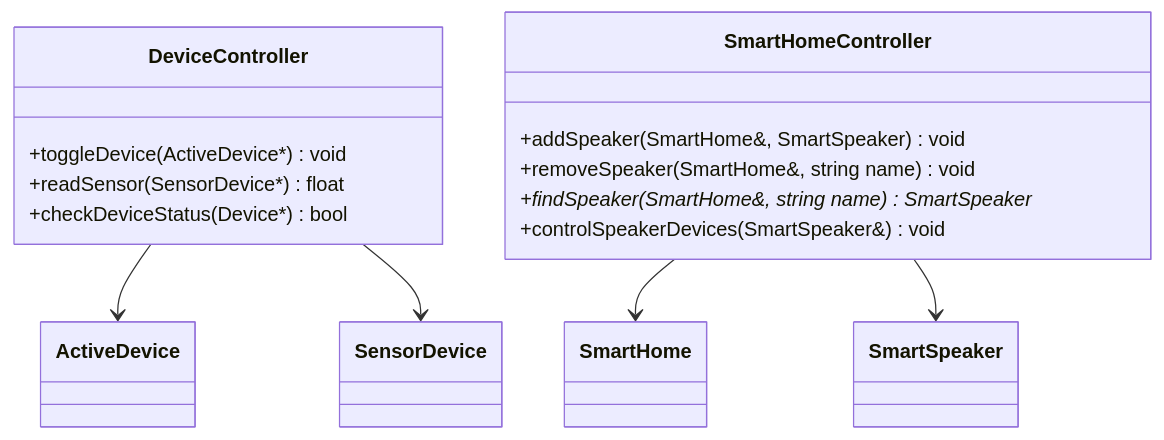
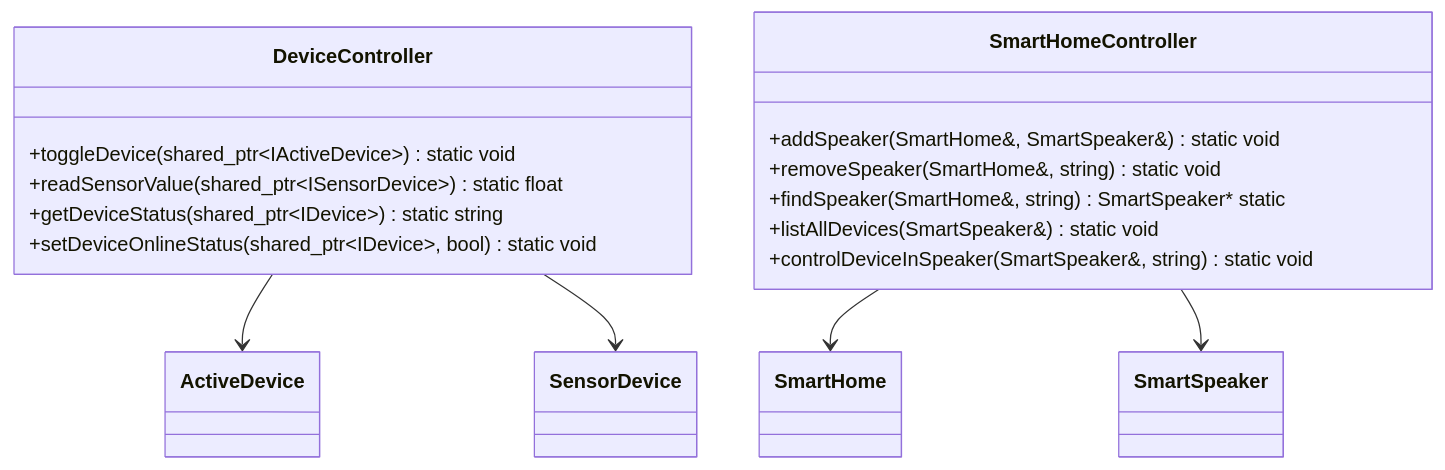
The second of 2 diagrams in Job_END/smart_home/README.md (r-revel/C_CPP_Project), drawn with Mermaid before and after one commit. The commit also changed other lines of this file and 8 other files, not shown here.

````diff
--- a/Job_END/smart_home/README.md
+++ b/Job_END/smart_home/README.md
@@ -95,20 +107,22 @@
 ```mermaid
 classDiagram
     class DeviceController {
-        +toggleDevice(ActiveDevice*) void
-        +readSensor(SensorDevice*) float
-        +checkDeviceStatus(Device*) bool
+        +toggleDevice(shared_ptr~IActiveDevice~) static void
+        +readSensorValue(shared_ptr~ISensorDevice~) static float
+        +getDeviceStatus(shared_ptr~IDevice~) static string
+        +setDeviceOnlineStatus(shared_ptr~IDevice~, bool) static void
     }
 
     class SmartHomeController {
-        +addSpeaker(SmartHome&, SmartSpeaker) void
-        +removeSpeaker(SmartHome&, string name) void
-        +findSpeaker(SmartHome&, string name) SmartSpeaker*
-        +controlSpeakerDevices(SmartSpeaker&) void
+        +addSpeaker(SmartHome&, SmartSpeaker&) static void
+        +removeSpeaker(SmartHome&, string) static void
+        +findSpeaker(SmartHome&, string) SmartSpeaker* static
+        +listAllDevices(SmartSpeaker&) static void
+        +controlDeviceInSpeaker(SmartSpeaker&, string) static void
     }
 
     DeviceController --> ActiveDevice
     DeviceController --> SensorDevice
     SmartHomeController --> SmartHome
     SmartHomeController --> SmartSpeaker
 ```
````
